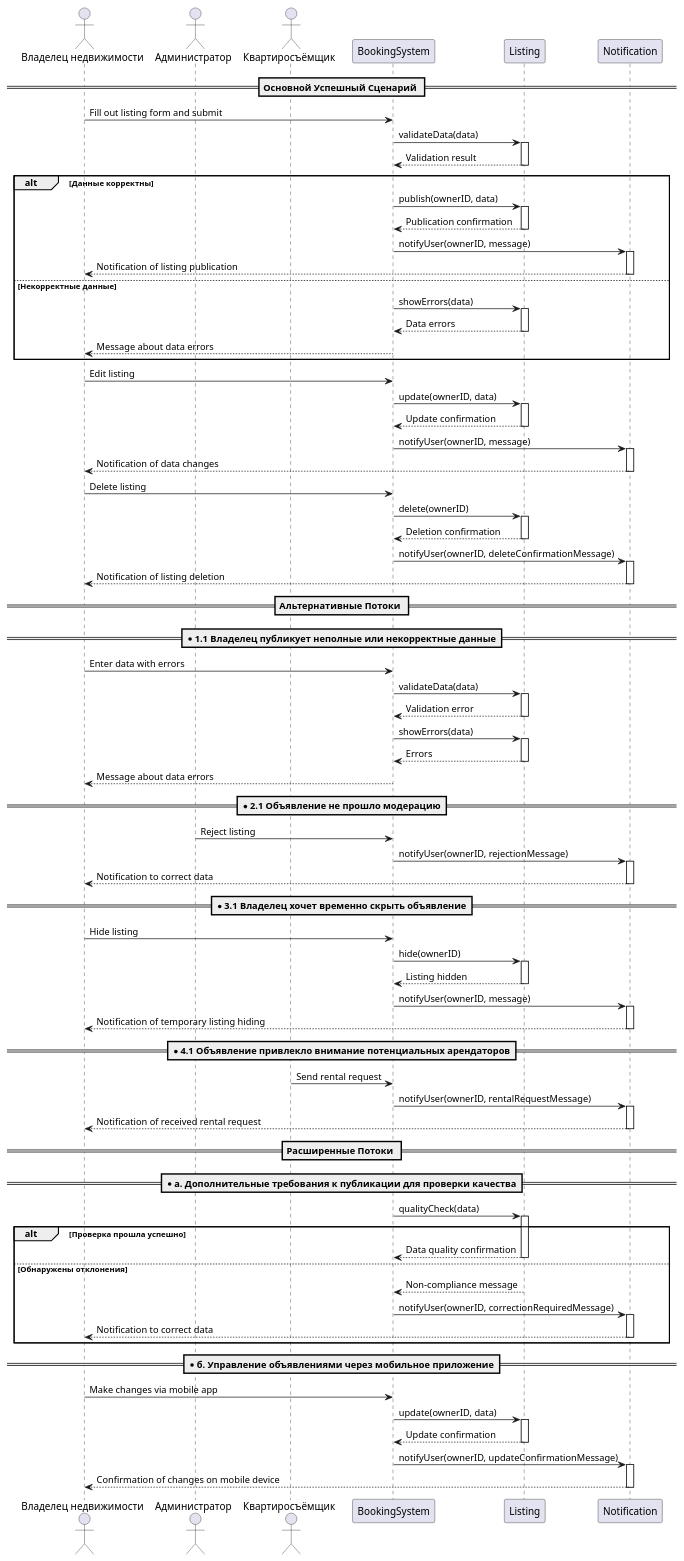
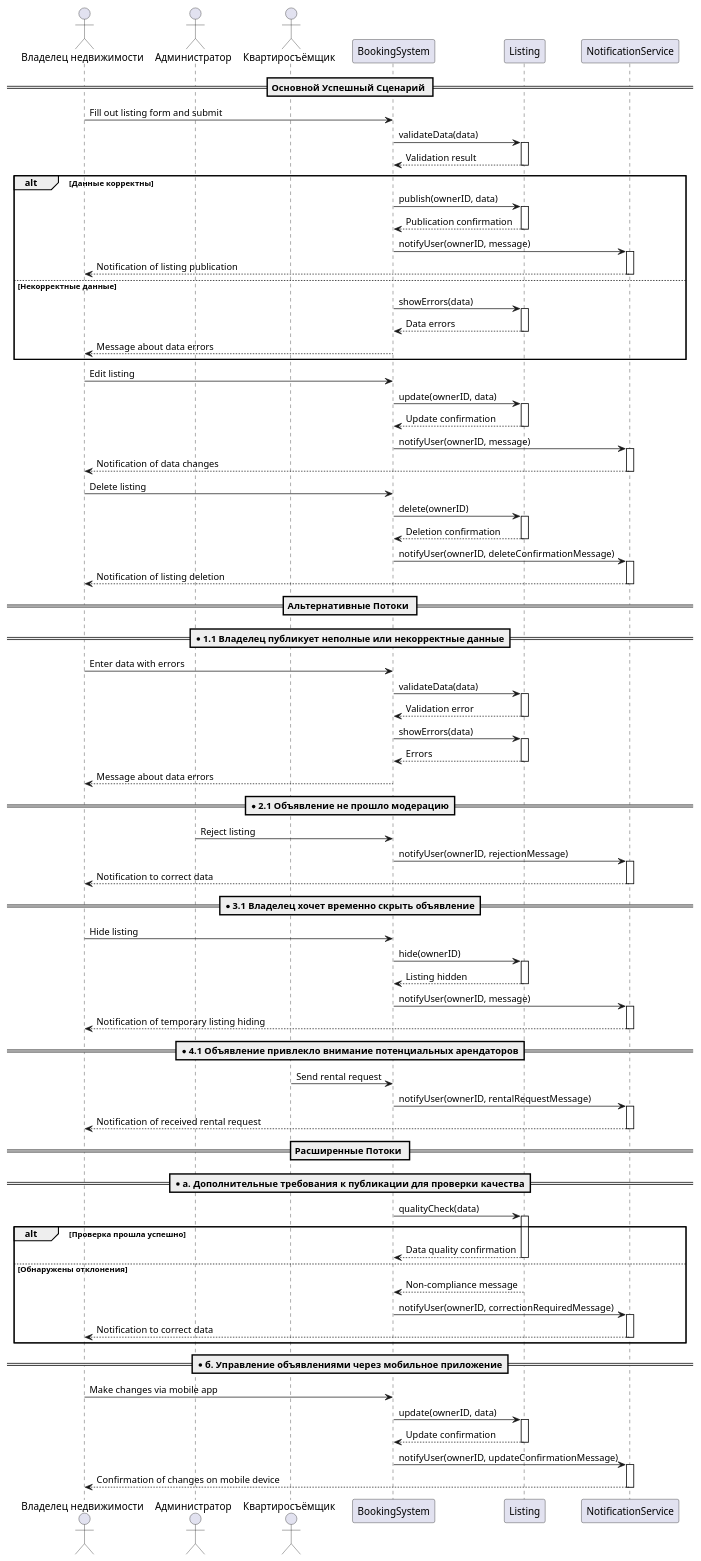
The diagram in precedents/HousingPublication/HousingPublicationSequenceDiagram.md (penamarth/bsbo-01-22_team4_var8), drawn with PlantUML before and after one commit. The commit also changed 2 other files, not shown here.

Commit message:
update housing publication

````diff
--- a/precedents/HousingPublication/HousingPublicationSequenceDiagram.md
+++ b/precedents/HousingPublication/HousingPublicationSequenceDiagram.md
@@ -1,4 +1,5 @@
 ```plantuml
+
 @startuml
 
 actor "Владелец недвижимости" as Owner
@@ -7,7 +8,7 @@
 
 participant "BookingSystem" as System
 participant "Listing" as Listing
-participant "Notification" as Notifier
+participant "NotificationService" as Notifier
 
 == Основной Успешный Сценарий ==
 
@@ -135,4 +136,5 @@
 deactivate Notifier
 
 @enduml
+
 ```
````
